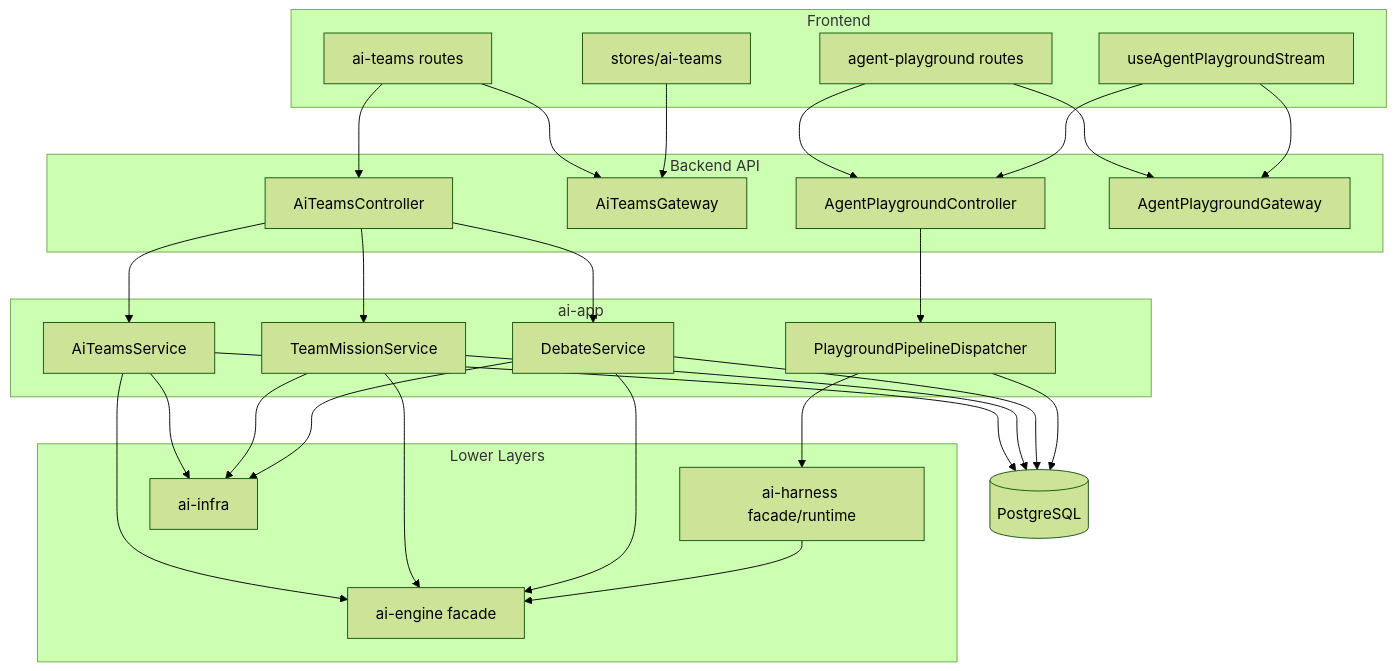
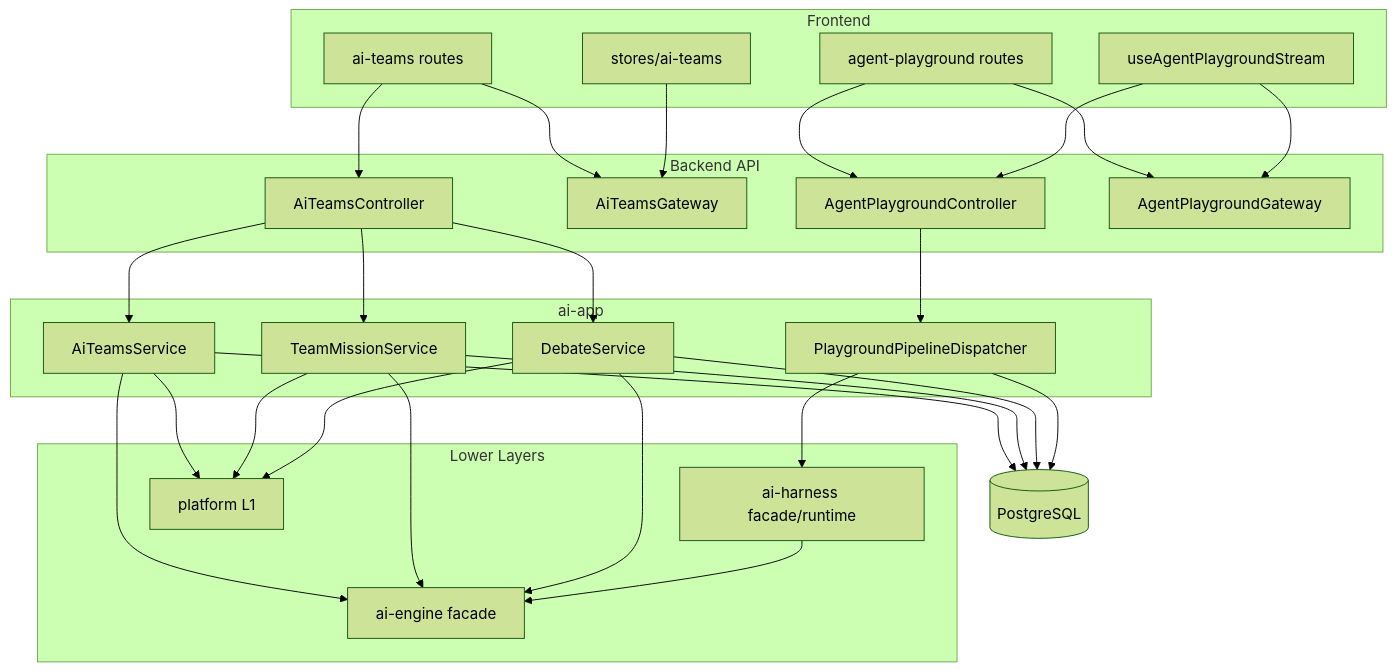
Before and after one commit to genesis-agents/GenesisPod: the first of 5 diagrams in docs/architecture/ai-app/teams/architecture.md, drawn with Mermaid (forest theme). The commit also changed other lines of this file and 60 other files, not shown here.

First line of the commit message:
docs(arch): sync docs to current 5-layer structure (ai-infra→platform, renames)

````diff
--- a/docs/architecture/ai-app/teams/architecture.md
+++ b/docs/architecture/ai-app/teams/architecture.md
@@ -14,58 +14,58 @@
 ```mermaid
 flowchart TB
     subgraph FE[Frontend]
         TeamsUI[ai-teams routes]
         PlayUI[agent-playground routes]
         TeamStore[stores/ai-teams]
         PlayStream[useAgentPlaygroundStream]
     end
 
     subgraph API[Backend API]
         TeamsCtrl[AiTeamsController]
         TeamsWS[AiTeamsGateway]
         PlayCtrl[AgentPlaygroundController]
         PlayWS[AgentPlaygroundGateway]
     end
 
     subgraph APP[ai-app]
         TeamsSvc[AiTeamsService]
         MissionSvc[TeamMissionService]
         DebateSvc[DebateService]
         Pipeline[PlaygroundPipelineDispatcher]
     end
 
     subgraph Lower[Lower Layers]
         Harness[ai-harness facade/runtime]
         Engine[ai-engine facade]
-        Infra[ai-infra]
+        Infra[platform L1]
     end
 
     DB[(PostgreSQL)]
 
     TeamsUI --> TeamsCtrl
     TeamsUI --> TeamsWS
     TeamStore --> TeamsWS
     PlayUI --> PlayCtrl
     PlayUI --> PlayWS
     PlayStream --> PlayWS
     PlayStream --> PlayCtrl
 
     TeamsCtrl --> TeamsSvc
     TeamsCtrl --> MissionSvc
     TeamsCtrl --> DebateSvc
     PlayCtrl --> Pipeline
 
     TeamsSvc --> Engine
     MissionSvc --> Engine
     DebateSvc --> Engine
     Pipeline --> Harness
     Harness --> Engine
     TeamsSvc --> Infra
     MissionSvc --> Infra
     DebateSvc --> Infra
 
     TeamsSvc --> DB
     MissionSvc --> DB
     DebateSvc --> DB
     Pipeline --> DB
 ```
````
